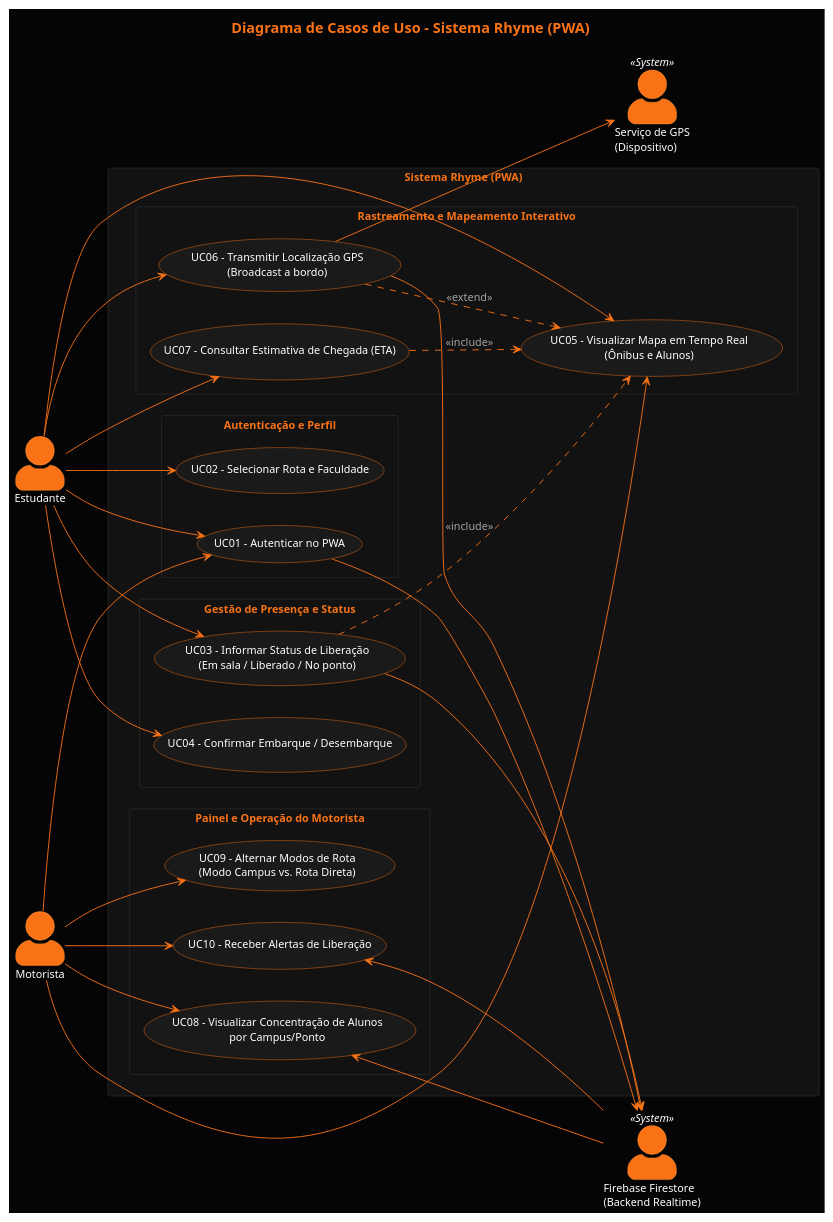
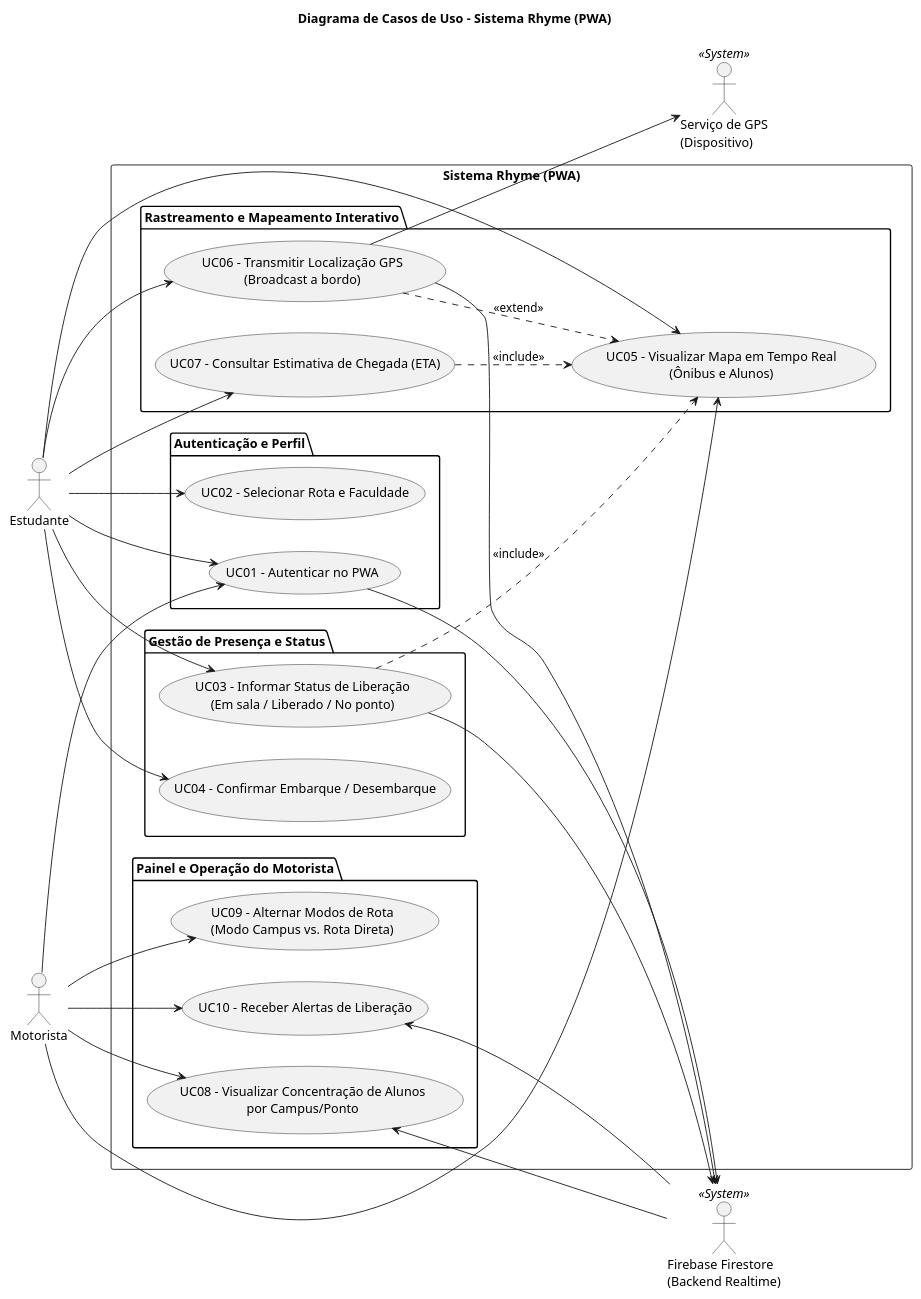
The diagram in diagramas/casos-de-uso.puml (Luis-Henrique-ufg/Manual-de-Processos), drawn with PlantUML before and after one commit. The commit also changed 14 other files, not shown here.

```diff
--- a/diagramas/casos-de-uso.puml
+++ b/diagramas/casos-de-uso.puml
@@ -1,93 +1,66 @@
 @startuml Diagrama_Casos_de_Uso_Rhyme
-skinparam actorStyle awesome
-skinparam packageStyle rectangle
-skinparam backgroundColor #050505
-skinparam defaultFontName "Segoe UI", Arial, sans-serif
-skinparam defaultFontSize 12
-skinparam defaultFontColor #FFFFFF
-skinparam TitleFontColor #F97316
-skinparam TitleFontSize 16
-
-skinparam UseCaseBackgroundColor #1A1A1A
-skinparam UseCaseBorderColor #F97316
-skinparam UseCaseFontColor #FFFFFF
-
-skinparam ActorBackgroundColor #F97316
-skinparam ActorBorderColor #FB923C
-skinparam ActorFontColor #FFFFFF
-
-skinparam RectangleBackgroundColor #0A0A0A
-skinparam RectangleBorderColor #262626
-skinparam RectangleFontColor #F97316
-
-skinparam PackageBackgroundColor #121212
-skinparam PackageBorderColor #262626
-skinparam PackageFontColor #FB923C
-
-skinparam ArrowColor #F97316
-skinparam ArrowFontColor #A3A3A3
 
 title Diagrama de Casos de Uso - Sistema Rhyme (PWA)
 
 left to right direction
 
 actor "Estudante" as aluno
 actor "Motorista" as motorista
 actor "Serviço de GPS\n(Dispositivo)" as gps << System >>
 actor "Firebase Firestore\n(Backend Realtime)" as firebase << System >>
 
 rectangle "Sistema Rhyme (PWA)" {
 
     package "Autenticação e Perfil" {
         usecase "UC01 - Autenticar no PWA" as UC01
         usecase "UC02 - Selecionar Rota e Faculdade" as UC02
     }
 
     package "Gestão de Presença e Status" {
         usecase "UC03 - Informar Status de Liberação\n(Em sala / Liberado / No ponto)" as UC03
         usecase "UC04 - Confirmar Embarque / Desembarque" as UC04
     }
 
     package "Rastreamento e Mapeamento Interativo" {
         usecase "UC05 - Visualizar Mapa em Tempo Real\n(Ônibus e Alunos)" as UC05
         usecase "UC06 - Transmitir Localização GPS\n(Broadcast a bordo)" as UC06
         usecase "UC07 - Consultar Estimativa de Chegada (ETA)" as UC07
     }
 
     package "Painel e Operação do Motorista" {
         usecase "UC08 - Visualizar Concentração de Alunos\npor Campus/Ponto" as UC08
         usecase "UC09 - Alternar Modos de Rota\n(Modo Campus vs. Rota Direta)" as UC09
         usecase "UC10 - Receber Alertas de Liberação" as UC10
     }
 }
 
 ' Relacionamentos do Aluno
 aluno --> UC01
 aluno --> UC02
 aluno --> UC03
 aluno --> UC04
 aluno --> UC05
 aluno --> UC06
 aluno --> UC07
 
 ' Relacionamentos do Motorista
 motorista --> UC01
 motorista --> UC05
 motorista --> UC08
 motorista --> UC09
 motorista --> UC10
 
 ' Inclusões e Extensões
 UC03 ..> UC05 : <<include>>
 UC06 ..> UC05 : <<extend>>
 UC07 ..> UC05 : <<include>>
 
 ' Integrações com Sistemas Externos
 UC01 --> firebase
 UC03 --> firebase
 UC06 --> gps
 UC06 --> firebase
 UC08 <-- firebase
 UC10 <-- firebase
 
 @enduml
```
